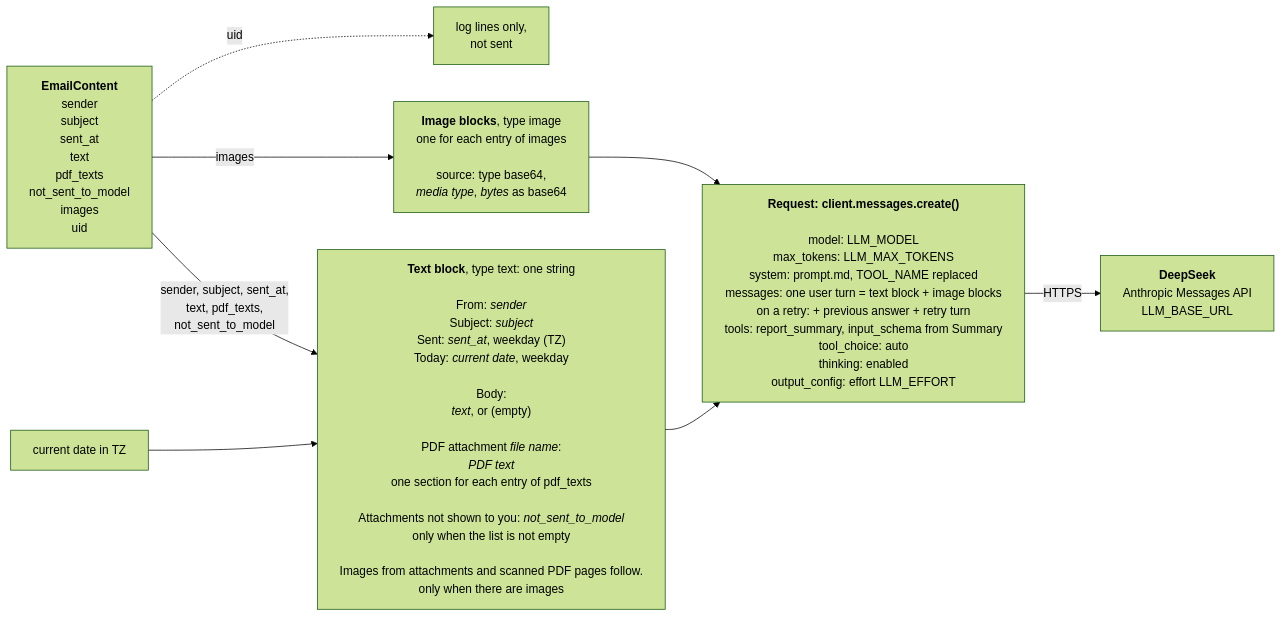
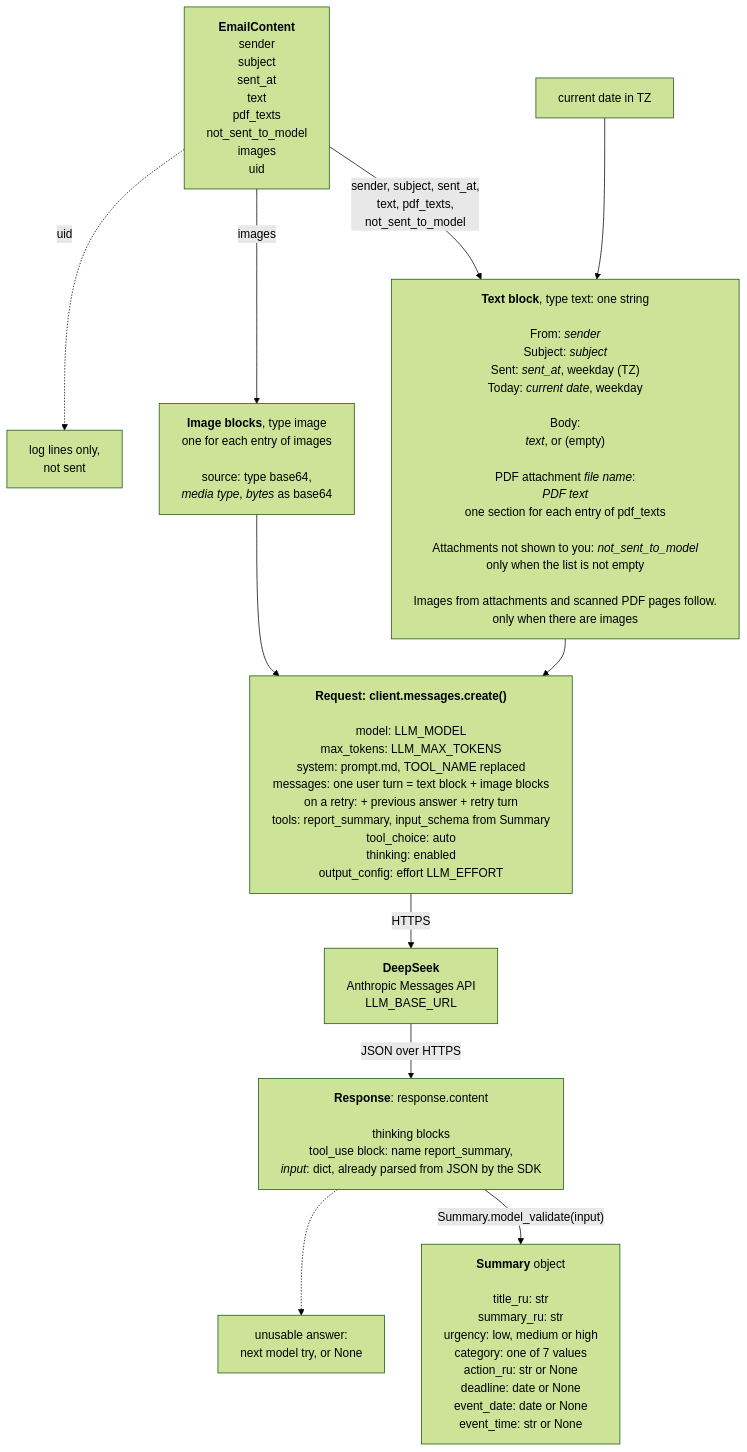
Before and after one commit to DeV1L/kindergarten-email-checker: the second of 2 diagrams in docs/code/summarize.md, drawn with Mermaid (forest theme). The commit also changed other lines of this file, not shown here.

Commit message:
docs: extend the diagram

````diff
--- a/docs/code/summarize.md
+++ b/docs/code/summarize.md
@@ -158,23 +135,31 @@
 ```mermaid
 %%{init: {"flowchart": {"wrappingWidth": 420}}}%%
-flowchart LR
+flowchart TD
     EC["<b>EmailContent</b><br/>sender<br/>subject<br/>sent_at<br/>text<br/>pdf_texts<br/>not_sent_to_model<br/>images<br/>uid"]
     CLOCK["current date in TZ"]
     LOG["log lines only,<br/>not sent"]
 
     TB["<b>Text block</b>, type text: one string<br/><br/>From: <i>sender</i><br/>Subject: <i>subject</i><br/>Sent: <i>sent_at</i>, weekday (TZ)<br/>Today: <i>current date</i>, weekday<br/><br/>Body:<br/><i>text</i>, or (empty)<br/><br/>PDF attachment <i>file name</i>:<br/><i>PDF text</i><br/>one section for each entry of pdf_texts<br/><br/>Attachments not shown to you: <i>not_sent_to_model</i><br/>only when the list is not empty<br/><br/>Images from attachments and scanned PDF pages follow.<br/>only when there are images"]
 
     IB["<b>Image blocks</b>, type image<br/>one for each entry of images<br/><br/>source: type base64,<br/><i>media type</i>, <i>bytes</i> as base64"]
 
     REQ["<b>Request: client.messages.create()</b><br/><br/>model: LLM_MODEL<br/>max_tokens: LLM_MAX_TOKENS<br/>system: prompt.md, TOOL_NAME replaced<br/>messages: one user turn = text block + image blocks<br/>on a retry: + previous answer + retry turn<br/>tools: report_summary, input_schema from Summary<br/>tool_choice: auto<br/>thinking: enabled<br/>output_config: effort LLM_EFFORT"]
 
     D["<b>DeepSeek</b><br/>Anthropic Messages API<br/>LLM_BASE_URL"]
 
     EC -->|"sender, subject, sent_at,<br/>text, pdf_texts,<br/>not_sent_to_model"| TB
     CLOCK --> TB
     EC -->|images| IB
     EC -.->|uid| LOG
     TB --> REQ
     IB --> REQ
     REQ -->|HTTPS| D
+
+    RESP["<b>Response</b>: response.content<br/><br/>thinking blocks<br/>tool_use block: name report_summary,<br/><i>input</i>: dict, already parsed from JSON by the SDK"]
+    SUM["<b>Summary</b> object<br/><br/>title_ru: str<br/>summary_ru: str<br/>urgency: low, medium or high<br/>category: one of 7 values<br/>action_ru: str or None<br/>deadline: date or None<br/>event_date: date or None<br/>event_time: str or None"]
+    RETRY["unusable answer:<br/>next model try, or None"]
+
+    D -->|"JSON over HTTPS"| RESP
+    RESP -->|"Summary.model_validate(input)"| SUM
+    RESP -.-> RETRY
 ```
````
